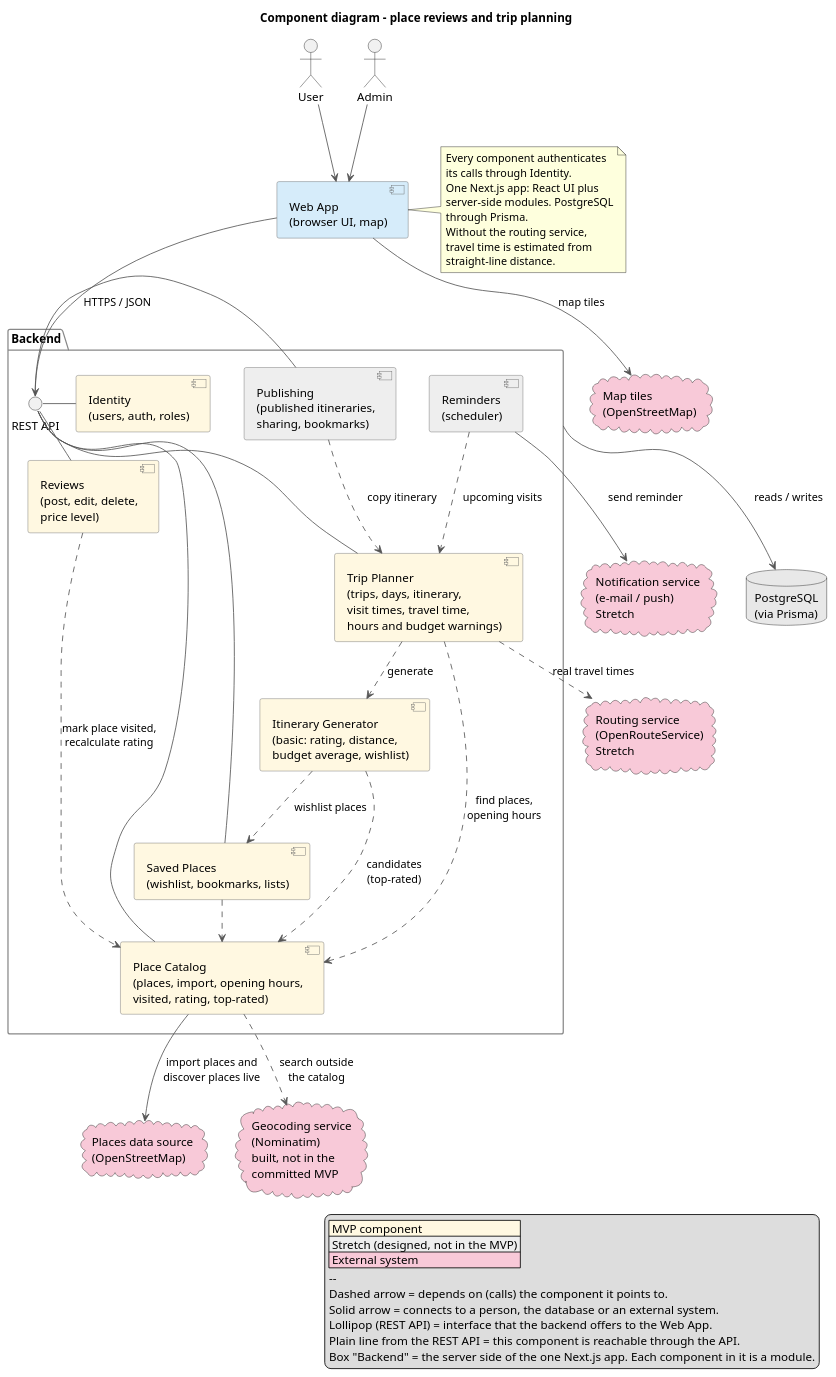
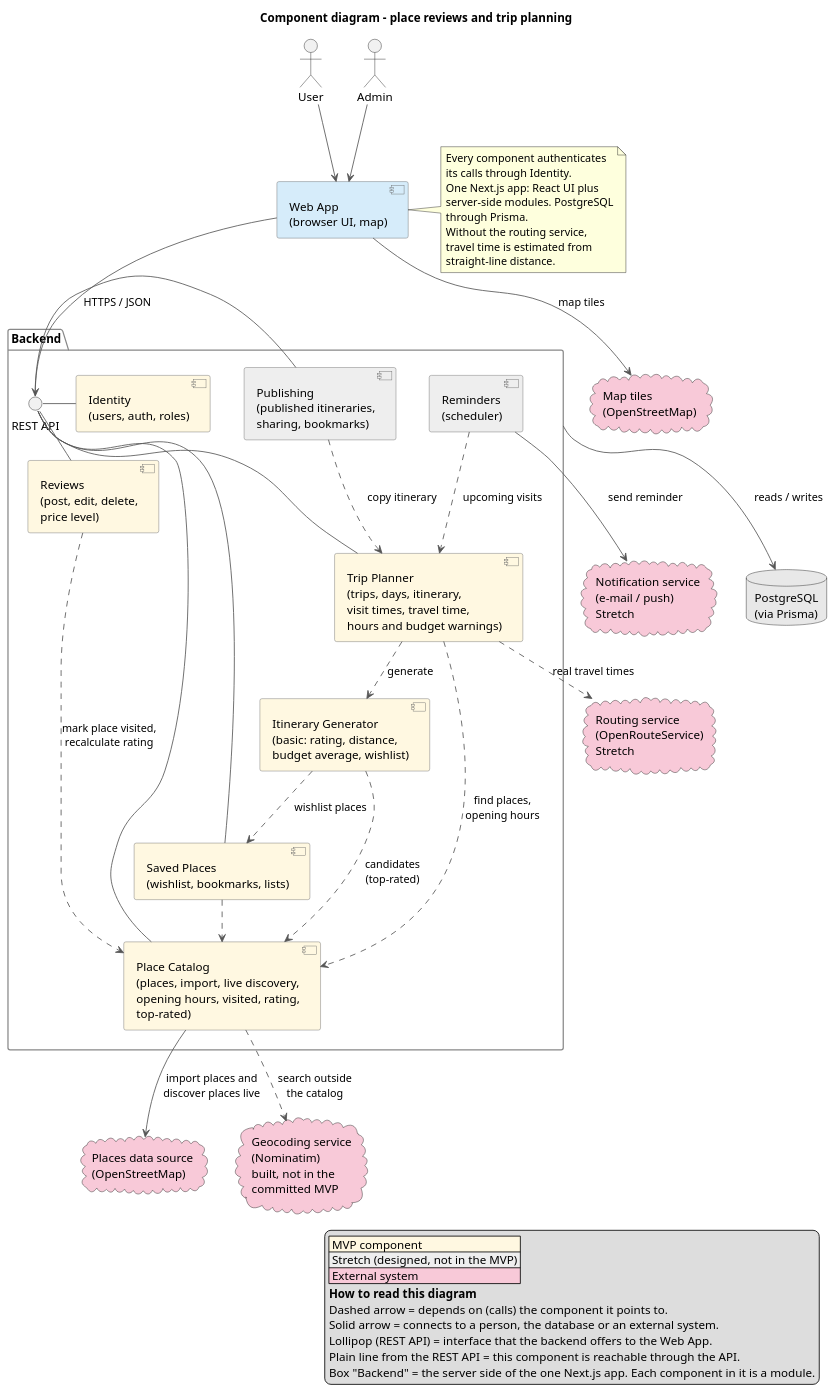
The diagram in docs/design/component-diagram.puml (MESW-LES-2627/les-project-group-7), drawn with PlantUML before and after one commit. The commit also changed 6 other files, not shown here.

```diff
--- a/docs/design/component-diagram.puml
+++ b/docs/design/component-diagram.puml
@@ -1,92 +1,92 @@
 @startuml component-diagram
 title Component diagram – place reviews and trip planning
 skinparam shadowing false
 skinparam componentStyle uml2
 skinparam nodesep 40
 skinparam ranksep 50
 skinparam ArrowColor #555555
 skinparam component {
   BackgroundColor #FFF8E1
   BorderColor #666666
 }
 skinparam package {
   BorderColor #888888
 }
 
 legend right
   |<#FFF8E1> MVP component |
   |<#EEEEEE> Stretch (designed, not in the MVP) |
   |<#F8C9D8> External system |
-  --
+  **How to read this diagram**
   Dashed arrow = depends on (calls) the component it points to.
   Solid arrow = connects to a person, the database or an external system.
   Lollipop (REST API) = interface that the backend offers to the Web App.
   Plain line from the REST API = this component is reachable through the API.
   Box "Backend" = the server side of the one Next.js app. Each component in it is a module.
 endlegend
 
 actor "User" as user
 actor "Admin" as admin
 
 component "Web App\n(browser UI, map)" as web #D6ECFA
 
 package "Backend" as backend {
   interface "REST API" as api
 
   component "Identity\n(users, auth, roles)" as identity
-  component "Place Catalog\n(places, import, opening hours,\nvisited, rating, top-rated)" as catalog
+  component "Place Catalog\n(places, import, live discovery,\nopening hours, visited, rating,\ntop-rated)" as catalog
   component "Reviews\n(post, edit, delete,\nprice level)" as reviews
   component "Saved Places\n(wishlist, bookmarks, lists)" as saved
   component "Trip Planner\n(trips, days, itinerary,\nvisit times, travel time,\nhours and budget warnings)" as planner
   component "Itinerary Generator\n(basic: rating, distance,\nbudget average, wishlist)" as generator
   component "Publishing\n(published itineraries,\nsharing, bookmarks)" as publishing #EEEEEE
   component "Reminders\n(scheduler)" as reminders #EEEEEE
 }
 
 database "PostgreSQL\n(via Prisma)" as db #E8E8E8
 
 cloud "Places data source\n(OpenStreetMap)" as places #F8C9D8
 cloud "Map tiles\n(OpenStreetMap)" as tiles #F8C9D8
 cloud "Routing service\n(OpenRouteService)\nStretch" as routing #F8C9D8
 cloud "Geocoding service\n(Nominatim)\nbuilt, not in the\ncommitted MVP" as geocoding #F8C9D8
 cloud "Notification service\n(e-mail / push)\nStretch" as notif #F8C9D8
 
 user --> web
 admin --> web
 web --> api : HTTPS / JSON
 web --> tiles : map tiles
 api - identity
 api - catalog
 api - reviews
 api - saved
 api - planner
 api - publishing
 
 reviews ..> catalog : mark place visited,\nrecalculate rating
 saved ..> catalog
 planner ..> catalog : find places,\nopening hours
 planner ..> generator : generate
 generator ..> catalog : candidates\n(top-rated)
 generator ..> saved : wishlist places
 publishing ..> planner : copy itinerary
 reminders ..> planner : upcoming visits
 
 catalog --> places : import places and\ndiscover places live
 catalog ..> geocoding : search outside\nthe catalog
 planner ..> routing : real travel times
 reminders --> notif : send reminder
 
 
 backend --> db : reads / writes
 
 note right of web
   Every component authenticates
   its calls through Identity.
   One Next.js app: React UI plus
   server-side modules. PostgreSQL
   through Prisma.
   Without the routing service,
   travel time is estimated from
   straight-line distance.
 end note
 @enduml
```
